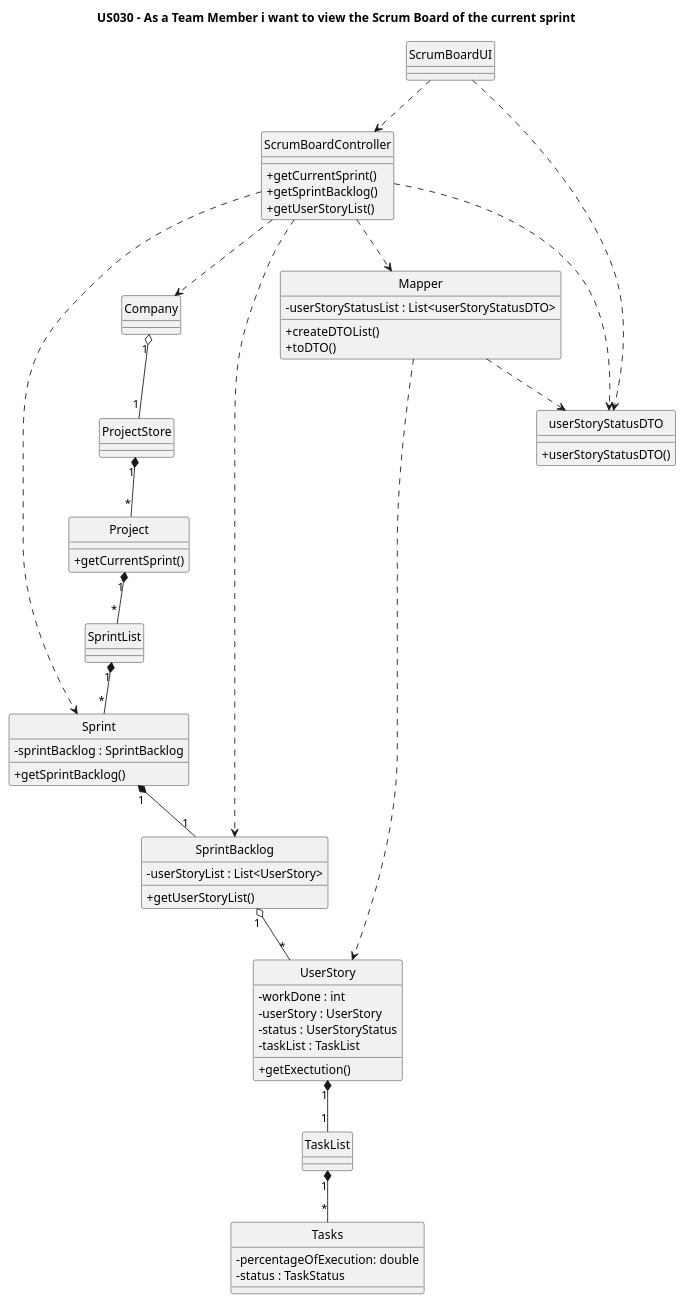
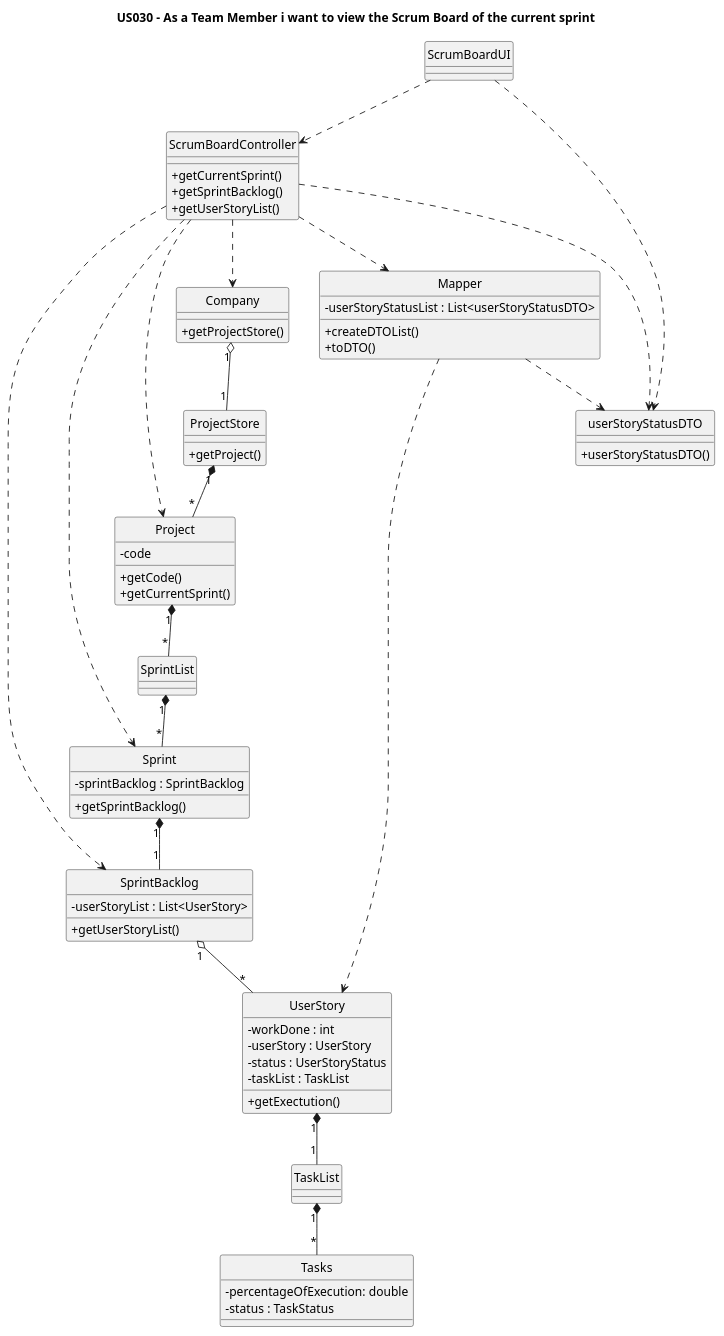
Before and after one commit to nunogon1211787/projectManagement: the diagram in docs/Sprint3/US030/US030-CD.puml, drawn with PlantUML. The commit also changed 18 other files, not shown here.

```diff
--- a/docs/Sprint3/US030/US030-CD.puml
+++ b/docs/Sprint3/US030/US030-CD.puml
@@ -1,81 +1,88 @@
 @startuml
 'https://plantuml.com/class-diagram
 
 hide circle
 skinparam classAttributeIconSize 0
 
 title US030 - As a Team Member i want to view the Scrum Board of the current sprint
 
 class ScrumBoardUI
 
 class ScrumBoardController{
 +getCurrentSprint()
 +getSprintBacklog()
 +getUserStoryList()
 }
 
-class Company{}
+class Company{
++getProjectStore()
+}
 
-class ProjectStore{}
+class ProjectStore{
++getProject()
+}
 
 class Project{
+-code
++getCode()
 +getCurrentSprint()
 }
 
 class SprintList{}
 
 class Sprint{
 -sprintBacklog : SprintBacklog
 +getSprintBacklog()
 }
 
 class SprintBacklog{
 -userStoryList : List<UserStory>
 +getUserStoryList()
 }
 
 class Mapper{
 -userStoryStatusList : List<userStoryStatusDTO>
 +createDTOList()
 +toDTO()
 }
 
 class userStoryStatusDTO{
 +userStoryStatusDTO()
 }
 
 class UserStory {
 -workDone : int
 -userStory : UserStory
 -status : UserStoryStatus
 -taskList : TaskList
 +getExectution()
 }
 
 class TaskList {
 }
 
 class Tasks{
 -percentageOfExecution: double
 -status : TaskStatus
 }
 
 ScrumBoardUI ..> ScrumBoardController
 ScrumBoardUI ..> userStoryStatusDTO
 ScrumBoardController ..> userStoryStatusDTO
 ScrumBoardController ..> Company
+ScrumBoardController ..> Project
 ScrumBoardController ..> Mapper
 Mapper ..> UserStory
 Mapper ..> userStoryStatusDTO
 Company "1" o-- "1" ProjectStore
 ProjectStore "1" *-- "*" Project
 Project "1" *-- "*" SprintList
 SprintList "1" *-- "*" Sprint
 Sprint "1" *-- "1" SprintBacklog
 SprintBacklog "1" o-- "*" UserStory
 UserStory "1" *-- "1" TaskList
 TaskList "1" *-- "*" Tasks
 ScrumBoardController ..> SprintBacklog
 ScrumBoardController ..> Sprint
 
 @enduml
```
